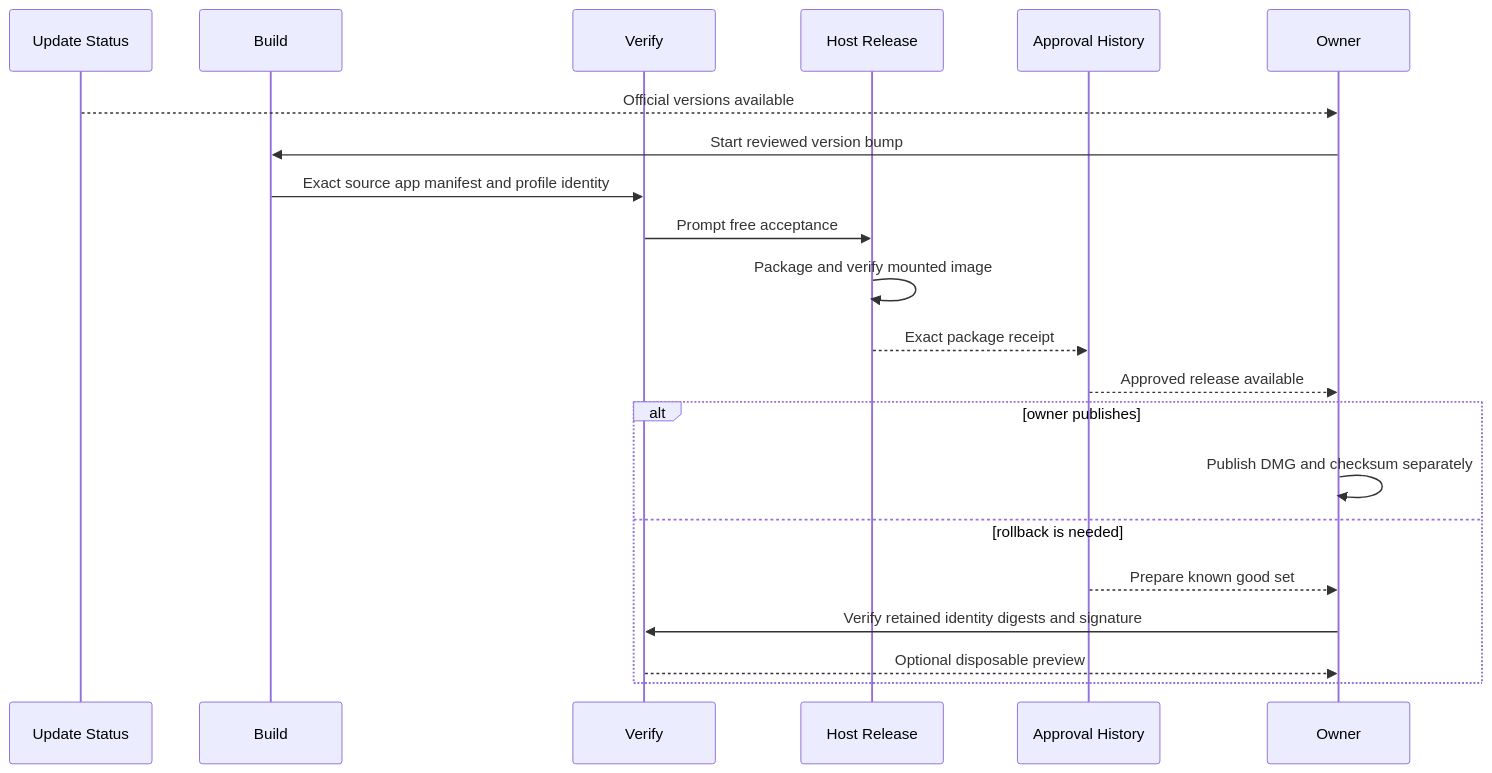
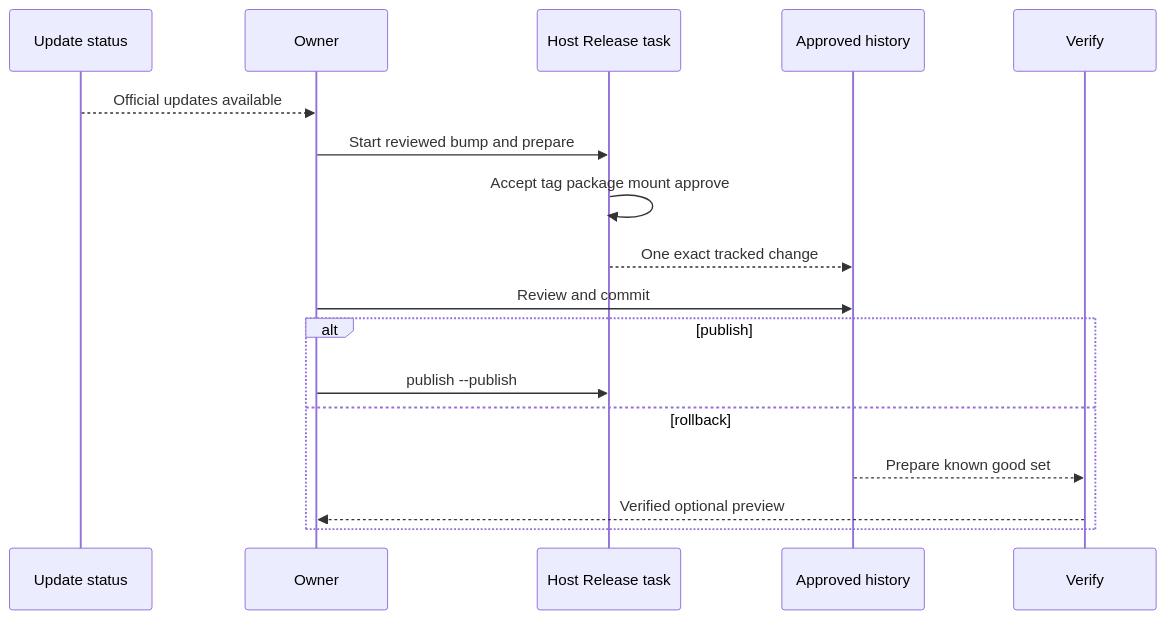
One commit to alexwck/dbcode-wrapper changed the diagram in wiki/flows/approval-and-guarded-rollback.md. Above: the diagram before and after it, drawn with Mermaid. The commit also changed other lines of this file and 15 other files, not shown here.

````diff
--- a/wiki/flows/approval-and-guarded-rollback.md
+++ b/wiki/flows/approval-and-guarded-rollback.md
@@ -26,23 +28,19 @@
 ```mermaid
 sequenceDiagram
-  participant Status as Update Status
-  participant Build
+  participant Status as Update status
+  participant Owner
+  participant Task as Host Release task
+  participant History as Approved history
   participant Verify
-  participant Package as Host Release
-  participant History as Approval History
-  participant Owner
-  Status-->>Owner: Official versions available
-  Owner->>Build: Start reviewed version bump
-  Build->>Verify: Exact source app manifest and profile identity
-  Verify->>Package: Prompt free acceptance
-  Package->>Package: Package and verify mounted image
-  Package-->>History: Exact package receipt
-  History-->>Owner: Approved release available
-  alt owner publishes
-    Owner->>Owner: Publish DMG and checksum separately
-  else rollback is needed
-    History-->>Owner: Prepare known good set
-    Owner->>Verify: Verify retained identity digests and signature
-    Verify-->>Owner: Optional disposable preview
+  Status-->>Owner: Official updates available
+  Owner->>Task: Start reviewed bump and prepare
+  Task->>Task: Accept tag package mount approve
+  Task-->>History: One exact tracked change
+  Owner->>History: Review and commit
+  alt publish
+    Owner->>Task: publish --publish
+  else rollback
+    History-->>Verify: Prepare known good set
+    Verify-->>Owner: Verified optional preview
   end
 ```
````
